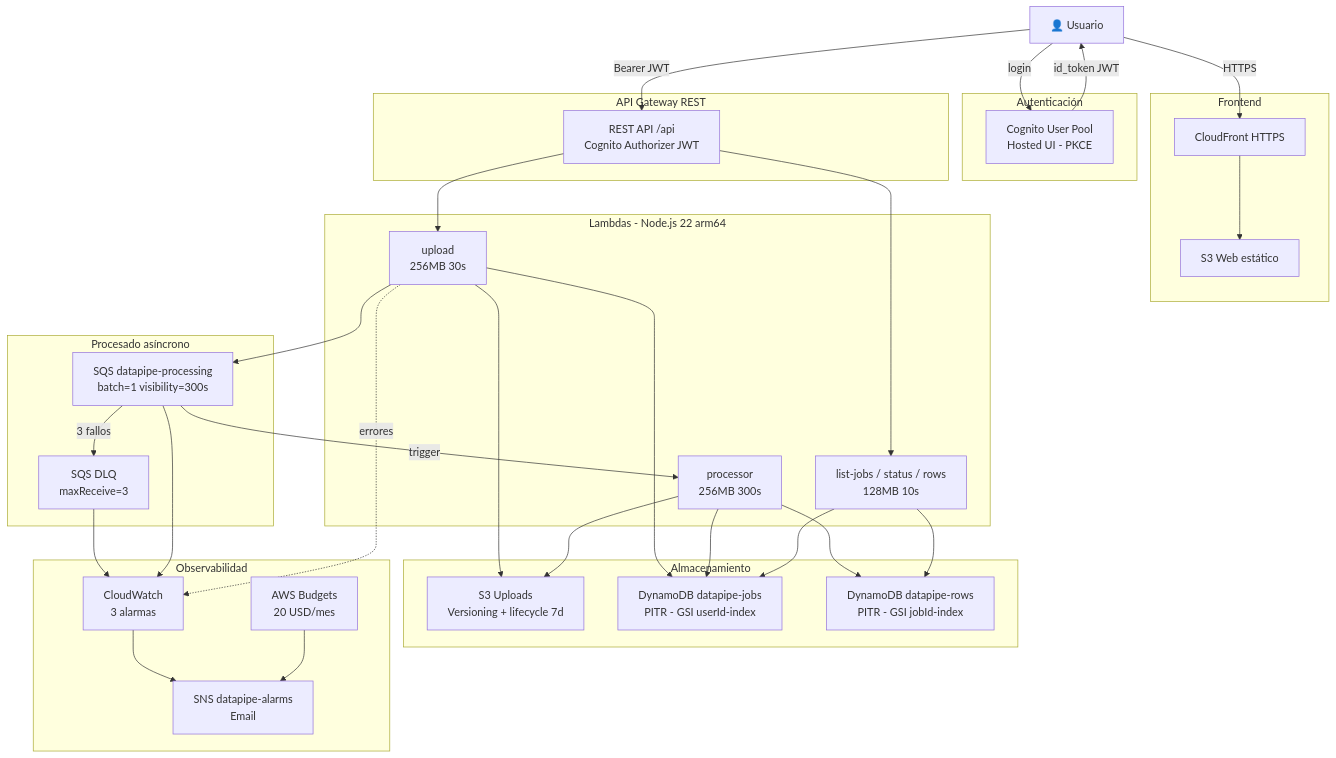
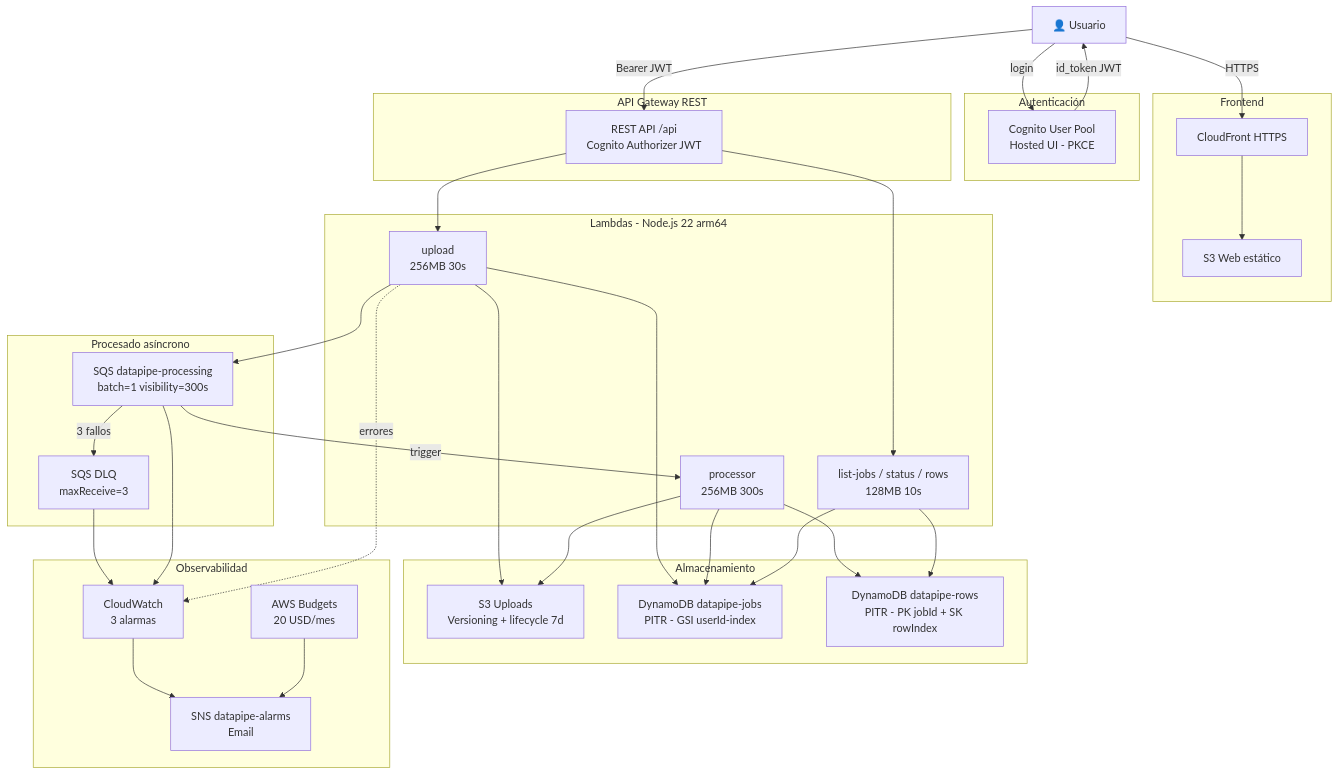
One commit to aleaguiard/datapipe changed the diagram in diagrams/architecture.md. Above: the diagram before and after it, drawn with Mermaid. The commit also changed 5 other files, not shown here.

First line of the commit message:
refactor: key rows table by (jobId, rowIndex) and drop jobId-index GSI

````diff
--- a/diagrams/architecture.md
+++ b/diagrams/architecture.md
@@ -1,69 +1,69 @@
 ```mermaid
 graph TB
     U["👤 Usuario"]
 
     subgraph frontend ["Frontend"]
         CF["CloudFront HTTPS"]
         S3F["S3 Web estático"]
     end
 
     subgraph auth ["Autenticación"]
         COG["Cognito User Pool\nHosted UI - PKCE"]
     end
 
     subgraph api ["API Gateway REST"]
         APIGW["REST API /api\nCognito Authorizer JWT"]
     end
 
     subgraph lambdas ["Lambdas - Node.js 22 arm64"]
         L1["upload\n256MB 30s"]
         L2["processor\n256MB 300s"]
         L3["list-jobs / status / rows\n128MB 10s"]
     end
 
     subgraph storage ["Almacenamiento"]
         S3["S3 Uploads\nVersioning + lifecycle 7d"]
         DDB1["DynamoDB datapipe-jobs\nPITR - GSI userId-index"]
-        DDB2["DynamoDB datapipe-rows\nPITR - GSI jobId-index"]
+        DDB2["DynamoDB datapipe-rows\nPITR - PK jobId + SK rowIndex"]
     end
 
     subgraph async ["Procesado asíncrono"]
         SQS["SQS datapipe-processing\nbatch=1 visibility=300s"]
         DLQ["SQS DLQ\nmaxReceive=3"]
     end
 
     subgraph obs ["Observabilidad"]
         CW["CloudWatch\n3 alarmas"]
         SNS["SNS datapipe-alarms\nEmail"]
         BUD["AWS Budgets\n20 USD/mes"]
     end
 
     U -->|HTTPS| CF
     U -->|login| COG
     COG -->|id_token JWT| U
     CF --> S3F
 
     U -->|Bearer JWT| APIGW
     APIGW --> L1
     APIGW --> L3
 
     L1 --> S3
     L1 --> DDB1
     L1 --> SQS
 
     SQS -->|trigger| L2
     SQS -->|3 fallos| DLQ
 
     L2 --> S3
     L2 --> DDB2
     L2 --> DDB1
 
     L3 --> DDB1
     L3 --> DDB2
 
     DLQ --> CW
     SQS --> CW
     L1 -.->|errores| CW
     CW --> SNS
     BUD --> SNS
 ```
````
